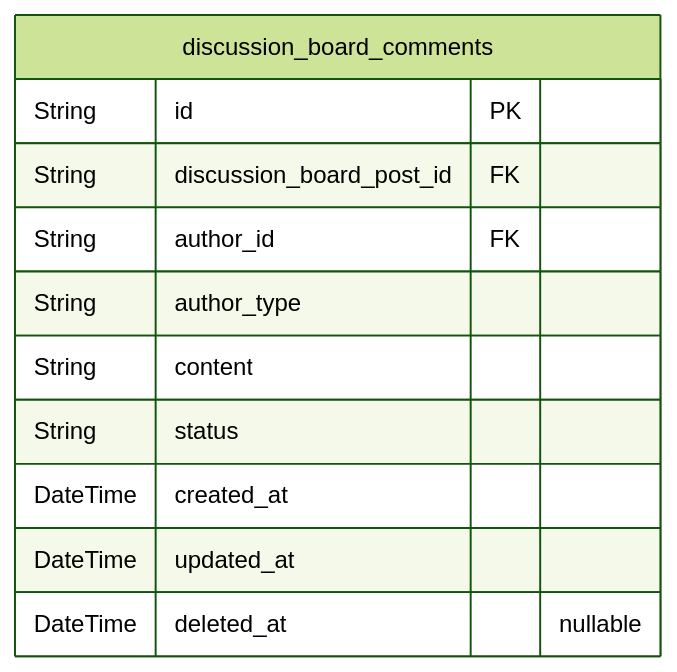
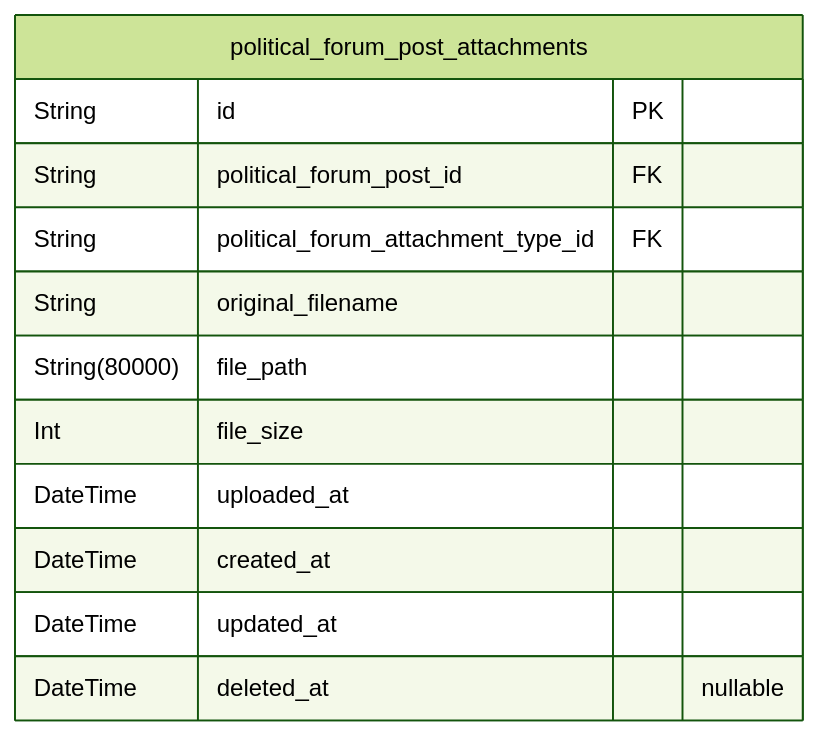
The fourth of 10 diagrams in qwen/qwen3-next-80b-a3b-instruct/bbs/docs/ERD.md (wrtnlabs/autobe-examples), drawn with Mermaid (forest theme) before and after one commit. The commit also changed other lines of this file and 960 other files, not shown here.

````diff
--- a/qwen/qwen3-next-80b-a3b-instruct/bbs/docs/ERD.md
+++ b/qwen/qwen3-next-80b-a3b-instruct/bbs/docs/ERD.md
@@ -254,14 +379,15 @@
 ```mermaid
 erDiagram
-"discussion_board_comments" {
+"political_forum_post_attachments" {
   String id PK
-  String discussion_board_post_id FK
-  String author_id FK
-  String author_type
-  String content
-  String status
+  String political_forum_post_id FK
+  String political_forum_attachment_type_id FK
+  String original_filename
+  String(80000) file_path
+  Int file_size
+  DateTime uploaded_at
   DateTime created_at
   DateTime updated_at
   DateTime deleted_at "nullable"
 }
 ```
````
